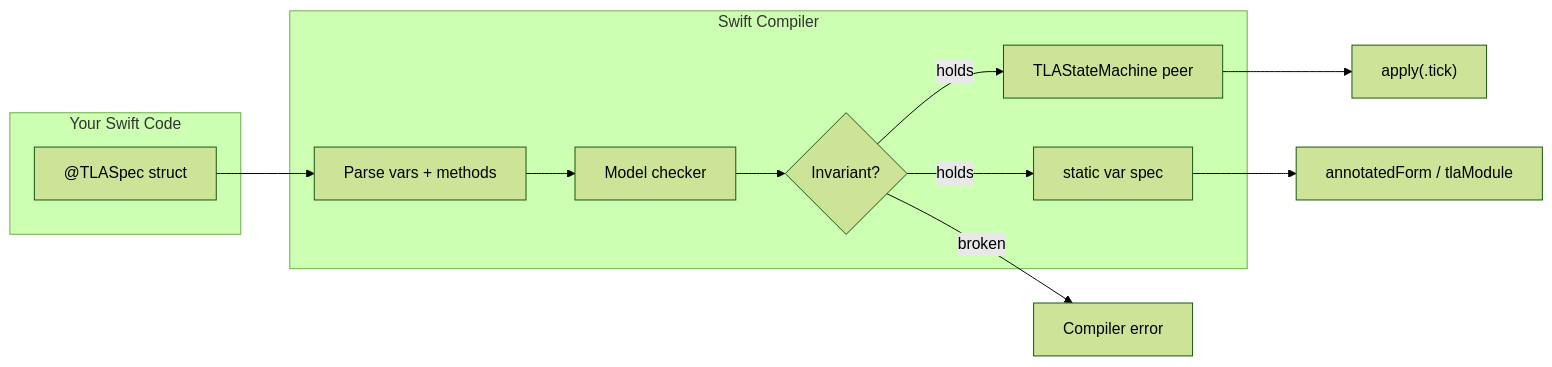
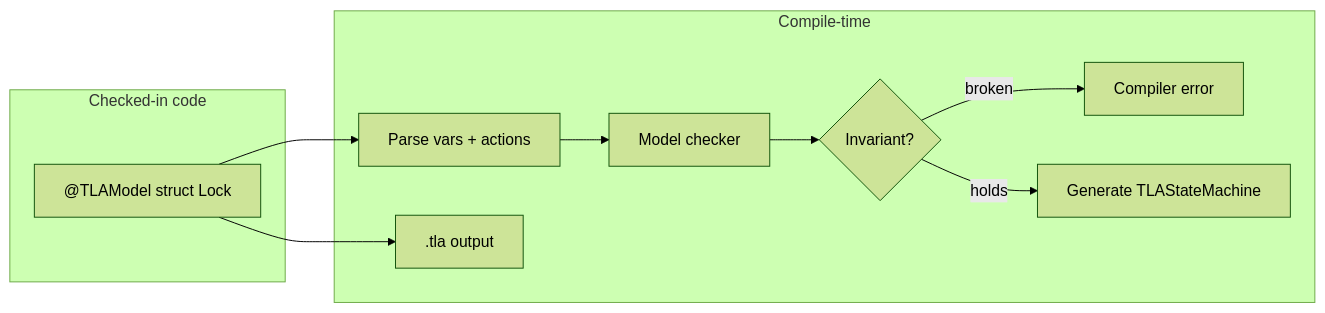
Before and after one commit to RoyalPineapple/SwiftTLA: the first of 2 diagrams in README.md, drawn with Mermaid (forest theme). The commit also changed other lines of this file and 5 other files, not shown here.

Commit message:
@TLASpec -> @TLAModel: three-layer naming, TLAActor placeholder, freshened README

````diff
--- a/README.md
+++ b/README.md
@@ -5,19 +5,18 @@
 ```mermaid
 flowchart LR
-    subgraph Source["Your Swift Code"]
-        S["@TLASpec struct"]
+    subgraph You["Checked-in code"]
+        M["@TLAModel struct Lock"]
     end
-    subgraph Compile["Swift Compiler"]
-        P["Parse vars + methods"]
+    subgraph Macro["Compile-time"]
+        P["Parse vars + actions"]
         C["Model checker"]
         V{"Invariant?"}
-        M["TLAStateMachine peer"]
-        F["static var spec"]
+        E[Compiler error]
+        G["Generate TLAStateMachine"]
+        S[".tla output"]
     end
-    S --> P --> C --> V
-    V -- "holds" --> M
-    V -- "holds" --> F
-    V -- "broken" --> E[Compiler error]
-    M --> R["apply(.tick)"]
-    F --> D["annotatedForm / tlaModule"]
+    M --> P --> C --> V
+    V -- "broken" --> E
+    V -- "holds" --> G
+    M --> S
 ```
````
